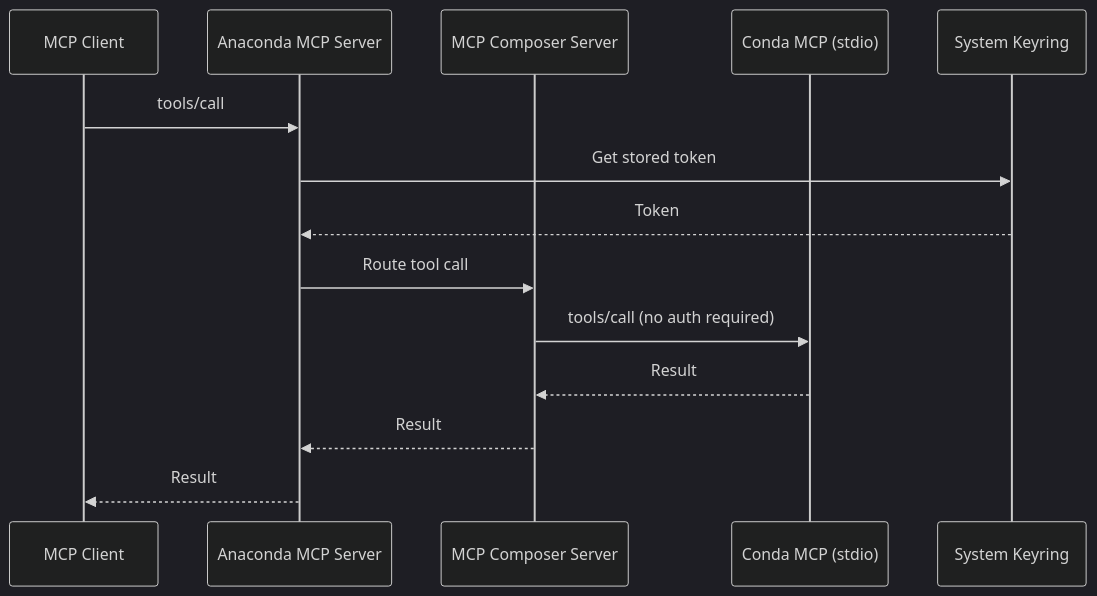
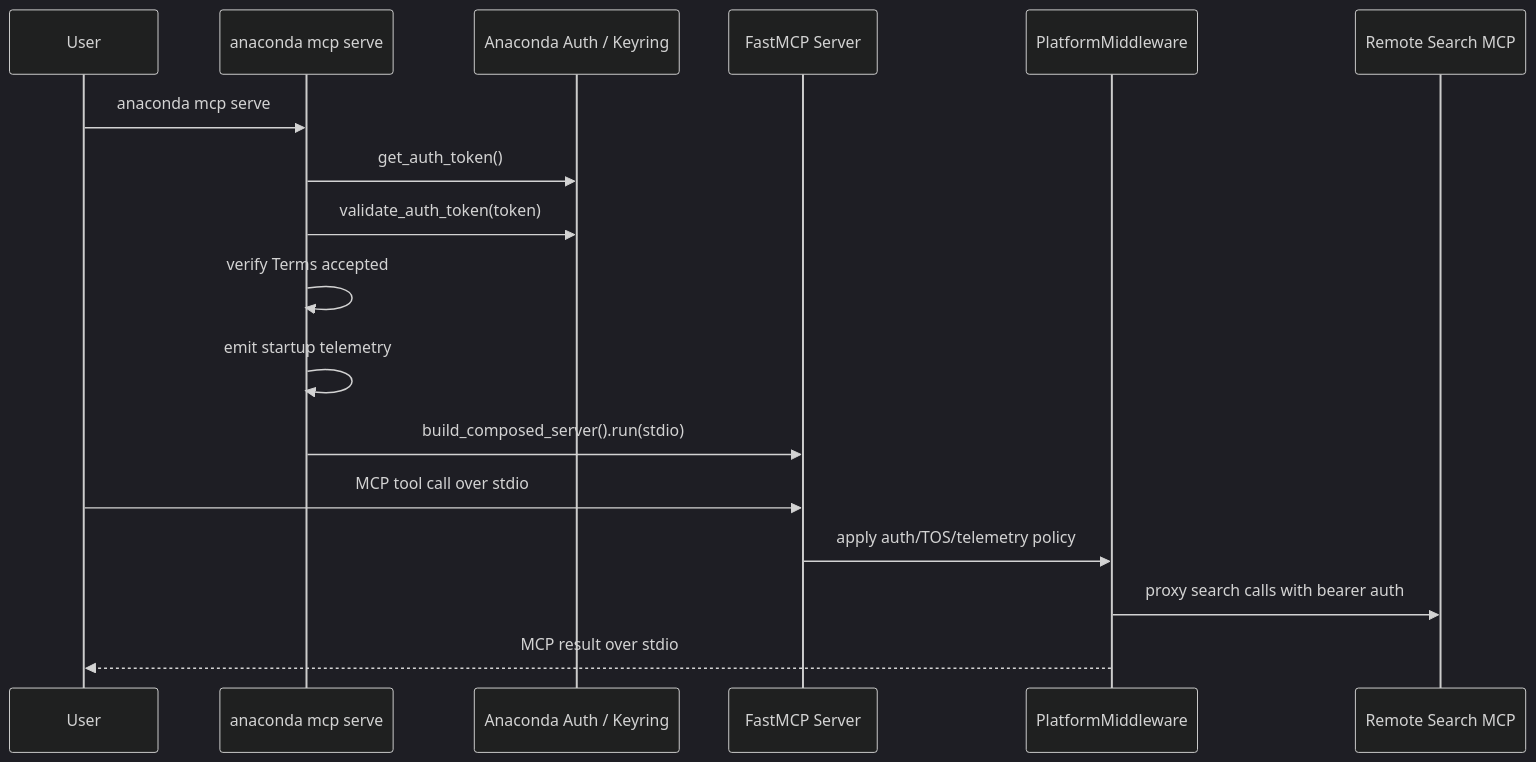
The third of 4 diagrams in docs/ARCHITECTURE.md (anaconda/anaconda-mcp), drawn with Mermaid (dark theme) before and after one commit. The commit also changed other lines of this file and 53 other files, not shown here.

````diff
--- a/docs/ARCHITECTURE.md
+++ b/docs/ARCHITECTURE.md
@@ -222,17 +103,20 @@
 ```mermaid
 sequenceDiagram
-    participant Client as MCP Client
-    participant Anaconda as Anaconda MCP Server
-    participant Composer as MCP Composer Server
-    participant Conda as Conda MCP (stdio)
-    participant Keyring as System Keyring
+    participant User
+    participant CLI as anaconda mcp serve
+    participant Auth as Anaconda Auth / Keyring
+    participant Server as FastMCP Server
+    participant MW as PlatformMiddleware
+    participant Search as Remote Search MCP
 
-    Client->>Anaconda: tools/call
-    Anaconda->>Keyring: Get stored token
-    Keyring-->>Anaconda: Token
-    Anaconda->>Composer: Route tool call
-    Composer->>Conda: tools/call (no auth required)
-    Conda-->>Composer: Result
-    Composer-->>Anaconda: Result
-    Anaconda-->>Client: Result
+    User->>CLI: anaconda mcp serve
+    CLI->>Auth: get_auth_token()
+    CLI->>Auth: validate_auth_token(token)
+    CLI->>CLI: verify Terms accepted
+    CLI->>CLI: emit startup telemetry
+    CLI->>Server: build_composed_server().run(stdio)
+    User->>Server: MCP tool call over stdio
+    Server->>MW: apply auth/TOS/telemetry policy
+    MW->>Search: proxy search calls with bearer auth
+    MW-->>User: MCP result over stdio
 ```
````
